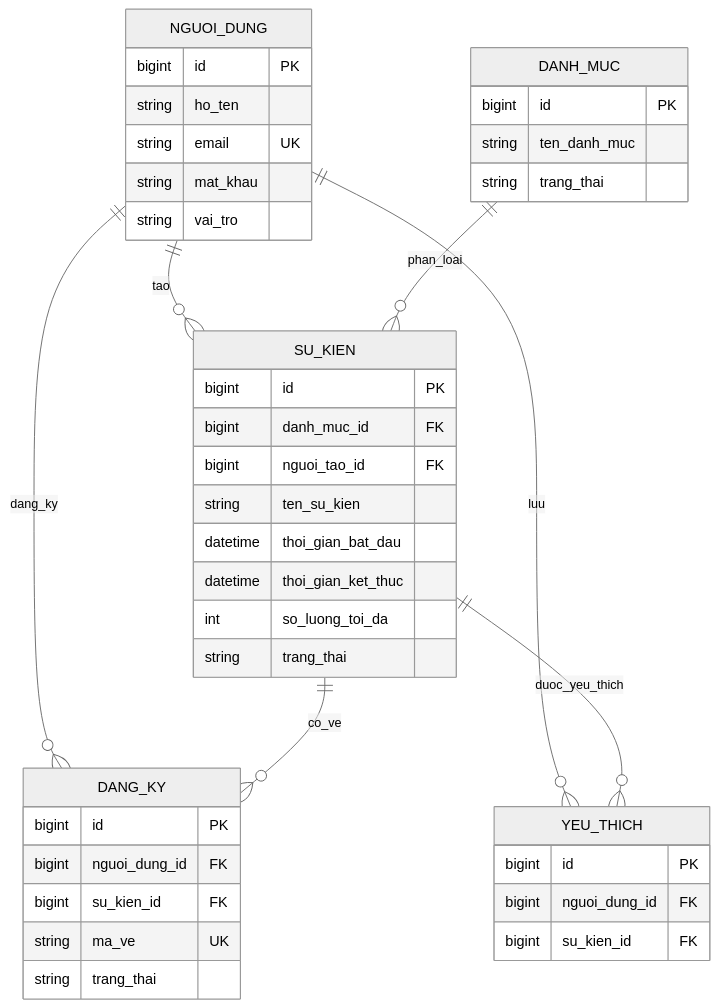
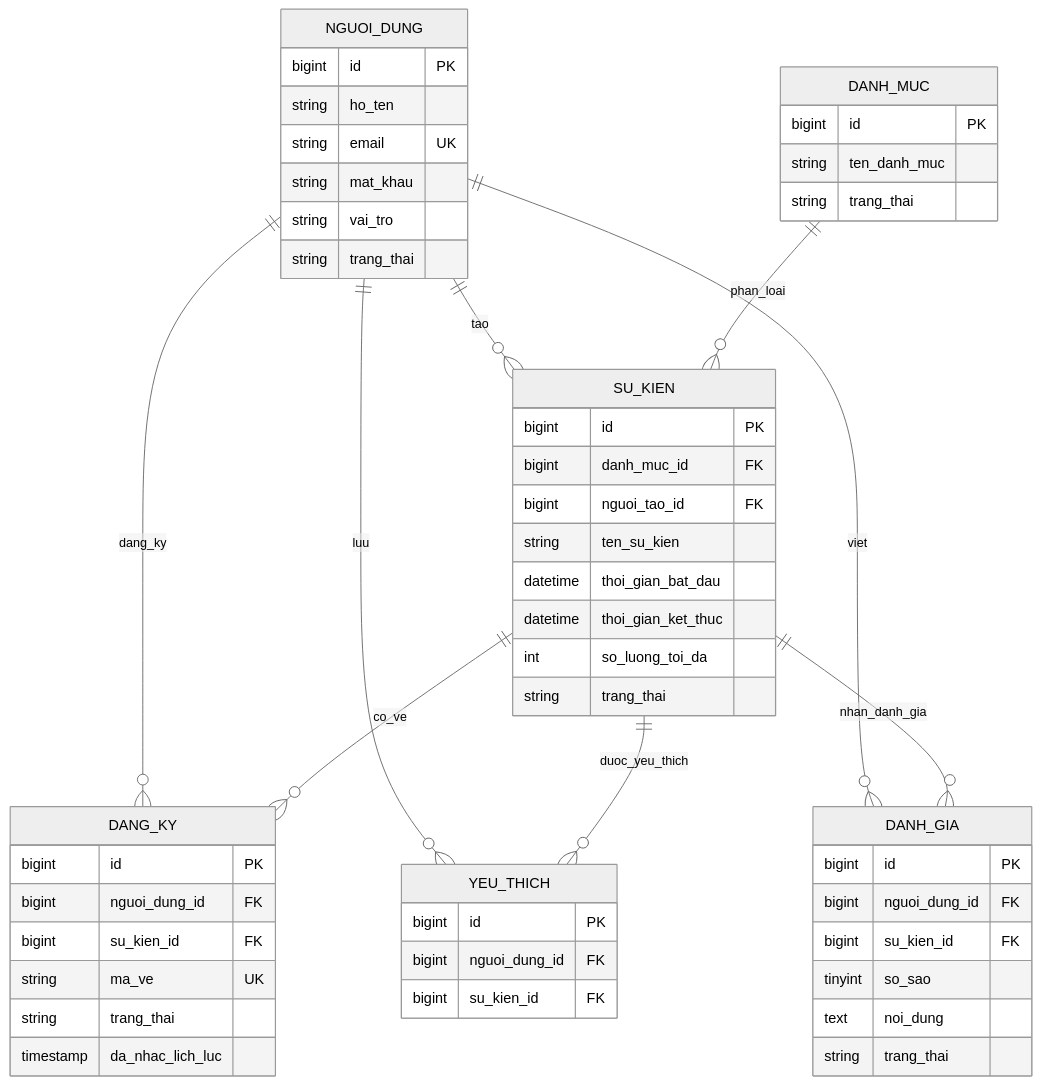
The diagram in Do_an_php/docs/ERD.md (quan02077/Do_An_PHP), drawn with Mermaid (neutral theme) before and after one commit. The commit also changed other lines of this file and 18 other files, not shown here.

Commit message:
feat: danh gia su kien

````diff
--- a/Do_an_php/docs/ERD.md
+++ b/Do_an_php/docs/ERD.md
@@ -5,44 +5,56 @@
 ```mermaid
 erDiagram
     NGUOI_DUNG ||--o{ SU_KIEN : tao
     DANH_MUC ||--o{ SU_KIEN : phan_loai
     NGUOI_DUNG ||--o{ DANG_KY : dang_ky
     SU_KIEN ||--o{ DANG_KY : co_ve
     NGUOI_DUNG ||--o{ YEU_THICH : luu
     SU_KIEN ||--o{ YEU_THICH : duoc_yeu_thich
+    NGUOI_DUNG ||--o{ DANH_GIA : viet
+    SU_KIEN ||--o{ DANH_GIA : nhan_danh_gia
 
     NGUOI_DUNG {
         bigint id PK
         string ho_ten
         string email UK
         string mat_khau
         string vai_tro
+        string trang_thai
     }
     DANH_MUC {
         bigint id PK
         string ten_danh_muc
         string trang_thai
     }
     SU_KIEN {
         bigint id PK
         bigint danh_muc_id FK
         bigint nguoi_tao_id FK
         string ten_su_kien
         datetime thoi_gian_bat_dau
         datetime thoi_gian_ket_thuc
         int so_luong_toi_da
         string trang_thai
     }
     DANG_KY {
         bigint id PK
         bigint nguoi_dung_id FK
         bigint su_kien_id FK
         string ma_ve UK
         string trang_thai
+        timestamp da_nhac_lich_luc
     }
     YEU_THICH {
         bigint id PK
         bigint nguoi_dung_id FK
         bigint su_kien_id FK
     }
+    DANH_GIA {
+        bigint id PK
+        bigint nguoi_dung_id FK
+        bigint su_kien_id FK
+        tinyint so_sao
+        text noi_dung
+        string trang_thai
+    }
 ```
````
